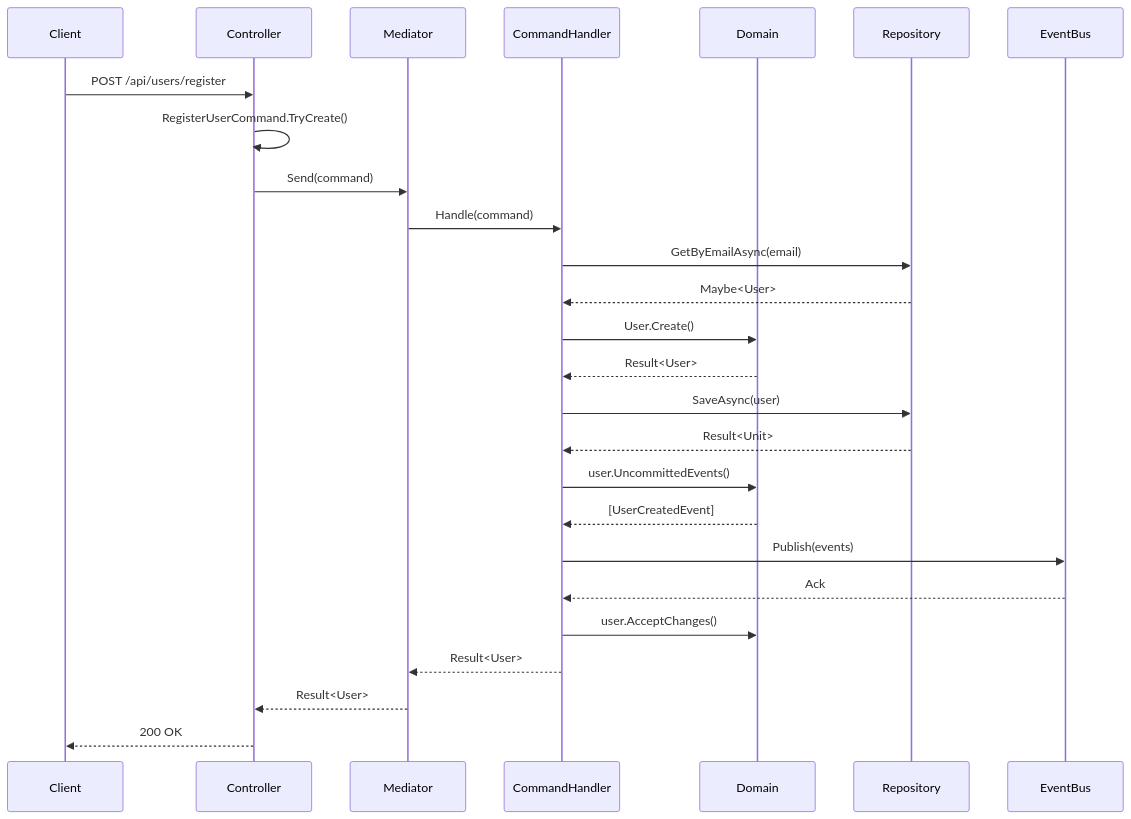
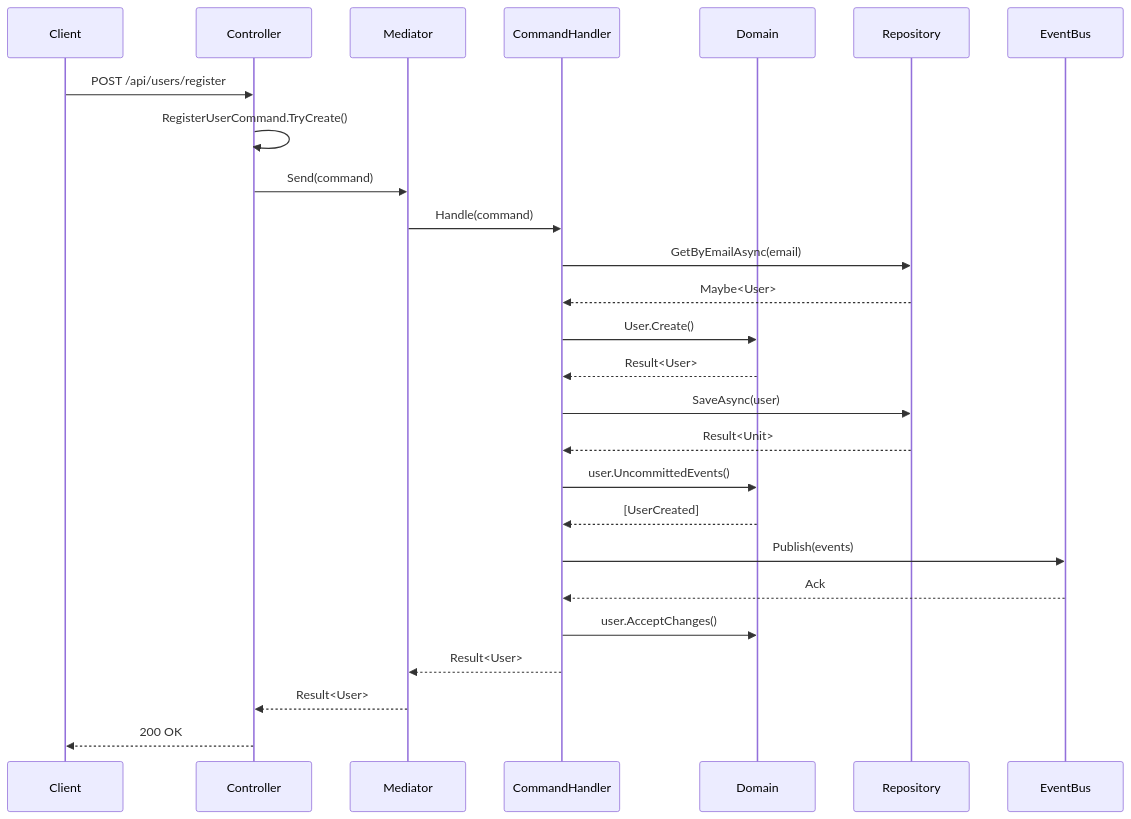
The fifth of 5 diagrams in docs/docfx_project/articles/clean-architecture.md (xavierjohn/FunctionalDDD), drawn with Mermaid before and after one commit. The commit also changed other lines of this file and 51 other files, not shown here.

````diff
--- a/docs/docfx_project/articles/clean-architecture.md
+++ b/docs/docfx_project/articles/clean-architecture.md
@@ -708,36 +708,36 @@
 ```mermaid
 sequenceDiagram
     participant Client
     participant Controller
     participant Mediator
     participant CommandHandler
     participant Domain
     participant Repository
     participant EventBus
     
     Client->>Controller: POST /api/users/register
     Controller->>Controller: RegisterUserCommand.TryCreate()
     Controller->>Mediator: Send(command)
     Mediator->>CommandHandler: Handle(command)
     
     CommandHandler->>Repository: GetByEmailAsync(email)
     Repository-->>CommandHandler: Maybe<User>
     
     CommandHandler->>Domain: User.Create()
     Domain-->>CommandHandler: Result<User>
     
     CommandHandler->>Repository: SaveAsync(user)
     Repository-->>CommandHandler: Result<Unit>
     
     CommandHandler->>Domain: user.UncommittedEvents()
-    Domain-->>CommandHandler: [UserCreatedEvent]
+    Domain-->>CommandHandler: [UserCreated]
     
     CommandHandler->>EventBus: Publish(events)
     EventBus-->>CommandHandler: Ack
     
     CommandHandler->>Domain: user.AcceptChanges()
     
     CommandHandler-->>Mediator: Result<User>
     Mediator-->>Controller: Result<User>
     Controller-->>Client: 200 OK
 ```
````
